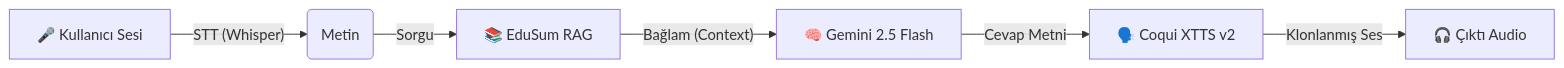
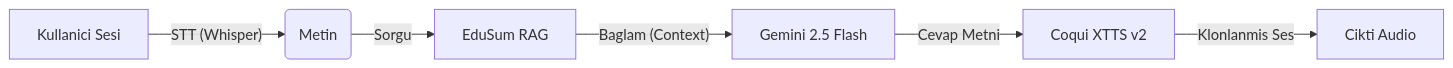
One commit to osiass/edusum-voice-assistant changed the diagram in README.md. Above: the diagram before and after it, drawn with Mermaid. The commit also changed other lines of this file, not shown here.

````diff
--- a/README.md
+++ b/README.md
@@ -33,8 +33,8 @@
 ```mermaid
 graph LR
-    A[🎤 Kullanıcı Sesi] -- STT (Whisper) --> B(Metin);
-    B -- Sorgu --> C[📚 EduSum RAG];
-    C -- Bağlam (Context) --> D[🧠 Gemini 2.5 Flash];
-    D -- Cevap Metni --> E[🗣️ Coqui XTTS v2];
-    E -- Klonlanmış Ses --> F[🎧 Çıktı Audio];
+    A[Kullanici Sesi] -- STT (Whisper) --> B(Metin);
+    B -- Sorgu --> C[EduSum RAG];
+    C -- Baglam (Context) --> D[Gemini 2.5 Flash];
+    D -- Cevap Metni --> E[Coqui XTTS v2];
+    E -- Klonlanmis Ses --> F[Cikti Audio];
 ```
````
